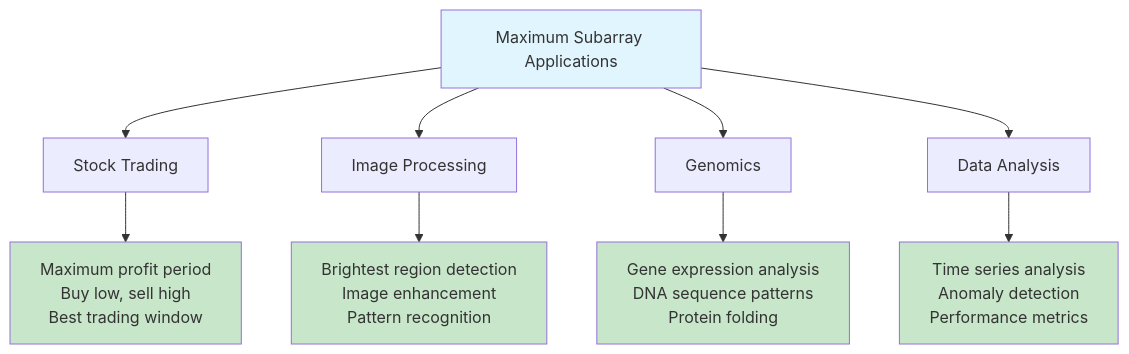
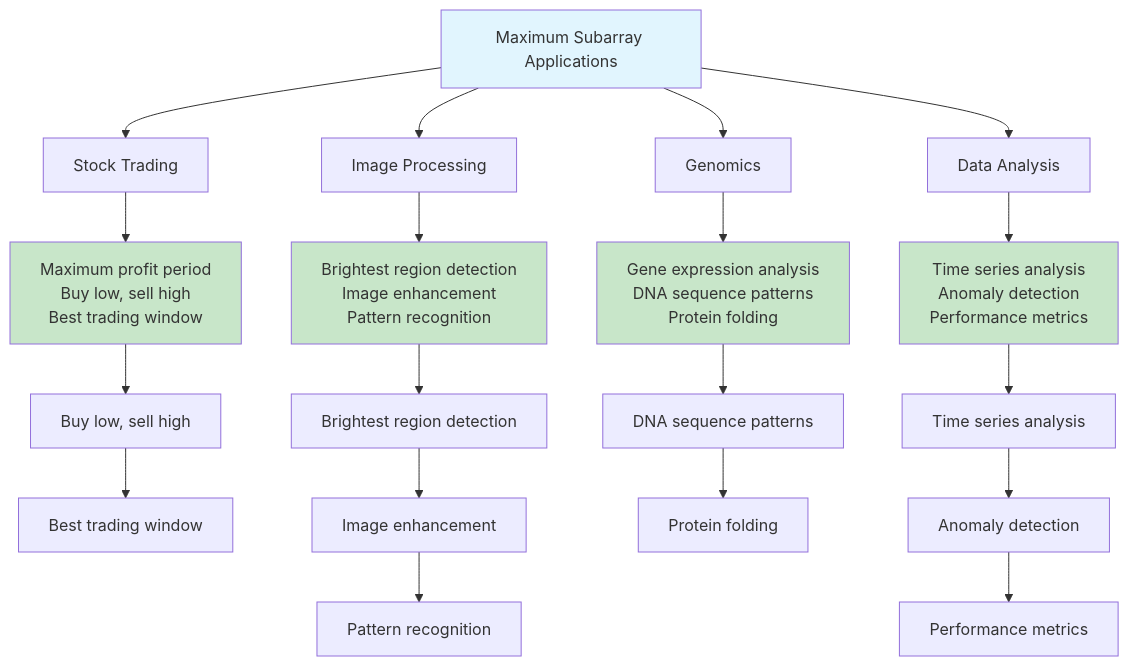
One commit to lezcodes/dsa changed the seventh of 7 diagrams in 0036-max-subarray/README.md. Above: the diagram before and after it, drawn with Mermaid. The commit also changed other lines of this file and 26 other files, not shown here.

Commit message:
docs: fix mermaid diagrams

````diff
--- a/0036-max-subarray/README.md
+++ b/0036-max-subarray/README.md
@@ -176,21 +175,21 @@
 ```mermaid
 graph TD
-    A[Maximum Subarray Applications] --> B[Stock Trading]
-    A --> C[Image Processing]
-    A --> D[Genomics]
-    A --> E[Data Analysis]
+    A["Maximum Subarray Applications"] --> B["Stock Trading"]
+    A --> C["Image Processing"]
+    A --> D["Genomics"]
+    A --> E["Data Analysis"]
 
-    B --> B1["Maximum profit period<br/>Buy low, sell high<br/>Best trading window"]
+    B --> B1["Maximum profit period<br/>Buy low, sell high<br/>Best trading window"] --> B2["Buy low, sell high"] --> B3["Best trading window"]
 
-    C --> C1["Brightest region detection<br/>Image enhancement<br/>Pattern recognition"]
+    C --> C1["Brightest region detection<br/>Image enhancement<br/>Pattern recognition"] --> C2["Brightest region detection"] --> C3["Image enhancement"] --> C4["Pattern recognition"]
 
-    D --> D1["Gene expression analysis<br/>DNA sequence patterns<br/>Protein folding"]
+    D --> D1["Gene expression analysis<br/>DNA sequence patterns<br/>Protein folding"] --> D2["DNA sequence patterns"] --> D3["Protein folding"]
 
-    E --> E1["Time series analysis<br/>Anomaly detection<br/>Performance metrics"]
+    E --> E1["Time series analysis<br/>Anomaly detection<br/>Performance metrics"] --> E2["Time series analysis"] --> E3["Anomaly detection"] --> E4["Performance metrics"]
 
     style A fill:#e1f5fe
     style B1 fill:#c8e6c9
     style C1 fill:#c8e6c9
     style D1 fill:#c8e6c9
     style E1 fill:#c8e6c9
 ```
````
